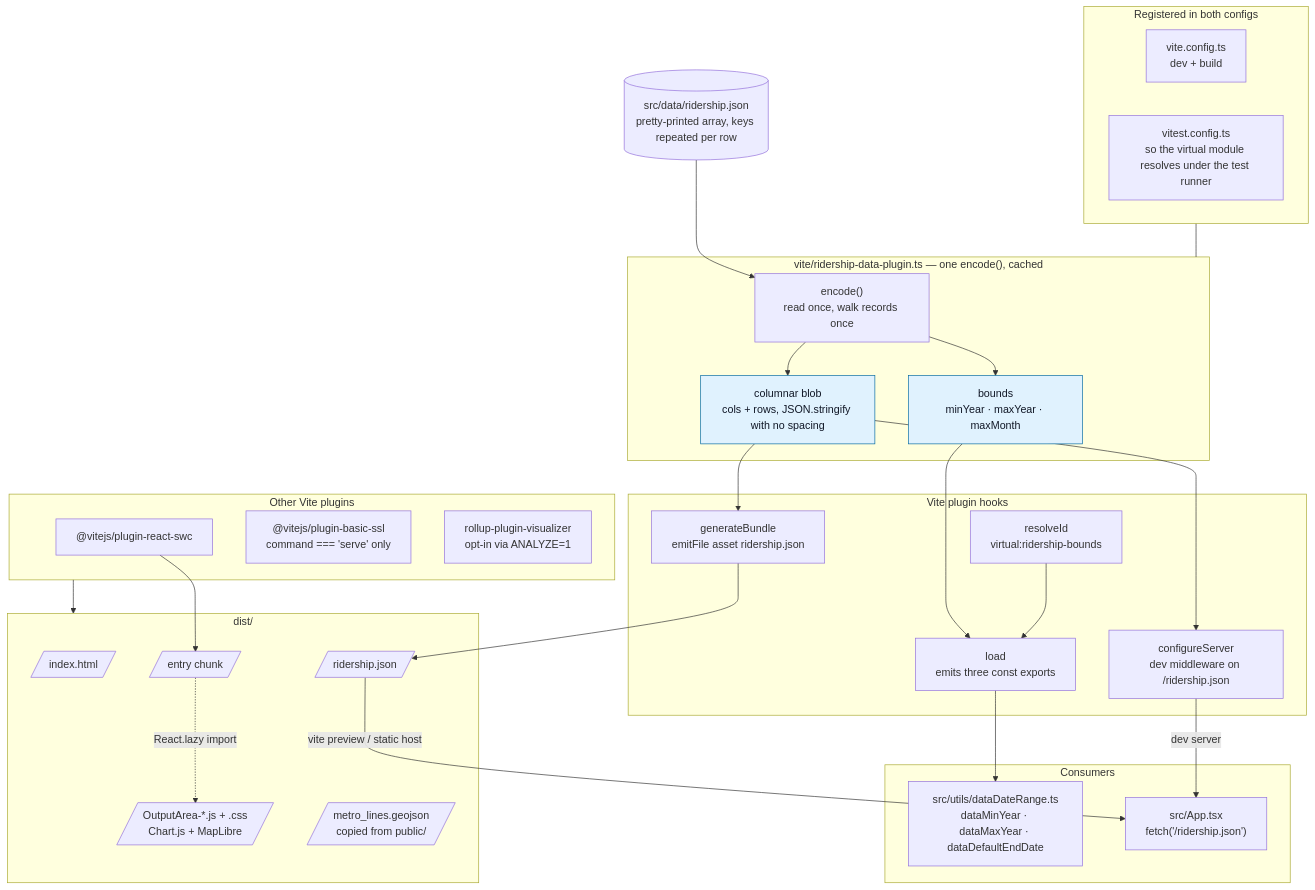
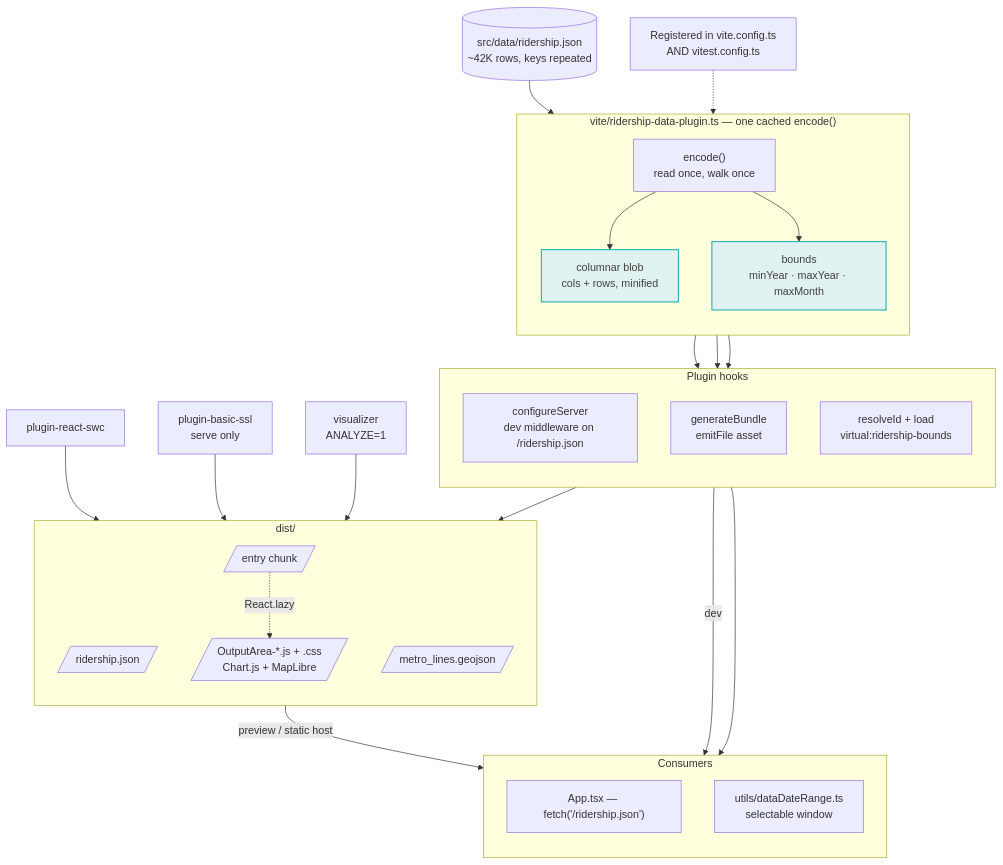
One commit to streetsforall/metro_ridership_app changed the fourth of 21 diagrams in docs/architecture/diagrams.md. Above: the diagram before and after it, drawn with Mermaid. The commit also changed other lines of this file and 38 other files, not shown here.

First line of the commit message:
docs: redraw the diagrams in the app's palette, and unstick CLAUDE.md

````diff
--- a/docs/architecture/diagrams.md
+++ b/docs/architecture/diagrams.md
@@ -247,61 +252,58 @@
 ```mermaid
 flowchart TB
-  canonical[("src/data/ridership.json<br/>pretty-printed array, keys repeated per row")]
+  canonical[("src/data/ridership.json<br/>~42K rows, keys repeated")]
 
-  subgraph pluginBox["vite/ridership-data-plugin.ts — one encode(), cached"]
-    encode["encode()<br/>read once, walk records once"]
-    blob["columnar blob<br/>cols + rows, JSON.stringify with no spacing"]
+  subgraph plugin["vite/ridership-data-plugin.ts — one cached encode()"]
+    direction TB
+    encode["encode()<br/>read once, walk once"]
+    blob["columnar blob<br/>cols + rows, minified"]
     bounds["bounds<br/>minYear · maxYear · maxMonth"]
+    encode --> blob
+    encode --> bounds
   end
 
-  subgraph hooksBox["Vite plugin hooks"]
-    resolveId["resolveId<br/>virtual:ridership-bounds"]
-    load["load<br/>emits three const exports"]
+  subgraph hooks["Plugin hooks"]
+    direction TB
     configureServer["configureServer<br/>dev middleware on /ridership.json"]
-    generateBundle["generateBundle<br/>emitFile asset ridership.json"]
+    generateBundle["generateBundle<br/>emitFile asset"]
+    resolveLoad["resolveId + load<br/>virtual:ridership-bounds"]
+  end
+
+  subgraph out["dist/"]
+    direction TB
+    ridAsset[/"ridership.json"/]
+    entryChunk[/"entry chunk"/]
+    lazyChunk[/"OutputArea-*.js + .css<br/>Chart.js + MapLibre"/]
+    geoAsset[/"metro_lines.geojson"/]
   end
 
   subgraph consumers["Consumers"]
-    dateRange["src/utils/dataDateRange.ts<br/>dataMinYear · dataMaxYear · dataDefaultEndDate"]
-    appFetch["src/App.tsx<br/>fetch('/ridership.json')"]
+    direction TB
+    appFetch["App.tsx — fetch('/ridership.json')"]
+    dateRange["utils/dataDateRange.ts<br/>selectable window"]
   end
 
-  subgraph registered["Registered in both configs"]
-    viteCfg["vite.config.ts<br/>dev + build"]
-    vitestCfg["vitest.config.ts<br/>so the virtual module resolves under the test runner"]
-  end
-
-  subgraph otherPlugins["Other Vite plugins"]
-    swc["@vitejs/plugin-react-swc"]
-    ssl["@vitejs/plugin-basic-ssl<br/>command === 'serve' only"]
-    vis["rollup-plugin-visualizer<br/>opt-in via ANALYZE=1"]
-  end
-
-  subgraph out["dist/"]
-    indexHtml[/"index.html"/]
-    entryChunk[/"entry chunk"/]
-    lazyChunk[/"OutputArea-*.js + .css<br/>Chart.js + MapLibre"/]
-    ridAsset[/"ridership.json"/]
-    geoAsset[/"metro_lines.geojson<br/>copied from public/"/]
-  end
+  swc["plugin-react-swc"]
+  ssl["plugin-basic-ssl<br/>serve only"]
+  vis["visualizer<br/>ANALYZE=1"]
+  registered["Registered in vite.config.ts<br/>AND vitest.config.ts"]
 
   canonical --> encode
-  encode --> blob
-  encode --> bounds
-  bounds --> load
-  resolveId --> load
-  load --> dateRange
   blob --> configureServer
   blob --> generateBundle
-  configureServer -- "dev server" --> appFetch
+  bounds --> resolveLoad
+
   generateBundle --> ridAsset
-  ridAsset -- "vite preview / static host" --> appFetch
+  configureServer -- "dev" --> appFetch
+  ridAsset -- "preview / static host" --> appFetch
+  resolveLoad --> dateRange
 
-  registered --- pluginBox
-  otherPlugins --> out
   swc --> entryChunk
-  entryChunk -. "React.lazy import" .-> lazyChunk
+  entryChunk -. "React.lazy" .-> lazyChunk
+  ssl --> out
+  vis --> out
+  registered -.-> encode
 
-  classDef key fill:#e0f2fe,stroke:#0369a1,color:#111827
+  classDef key fill:#dff2f1,stroke:#0fada8,stroke-width:1.5px,color:#44403c
   class blob,bounds key
 ```
````
